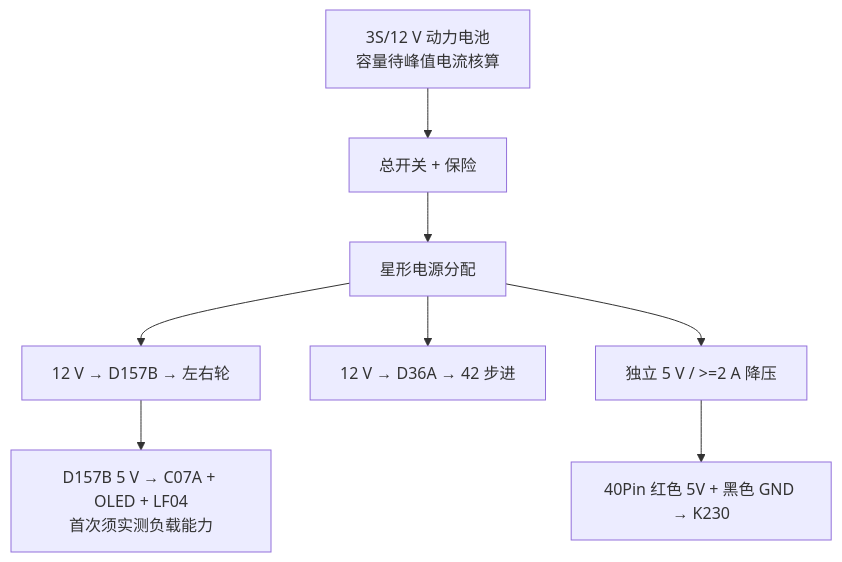
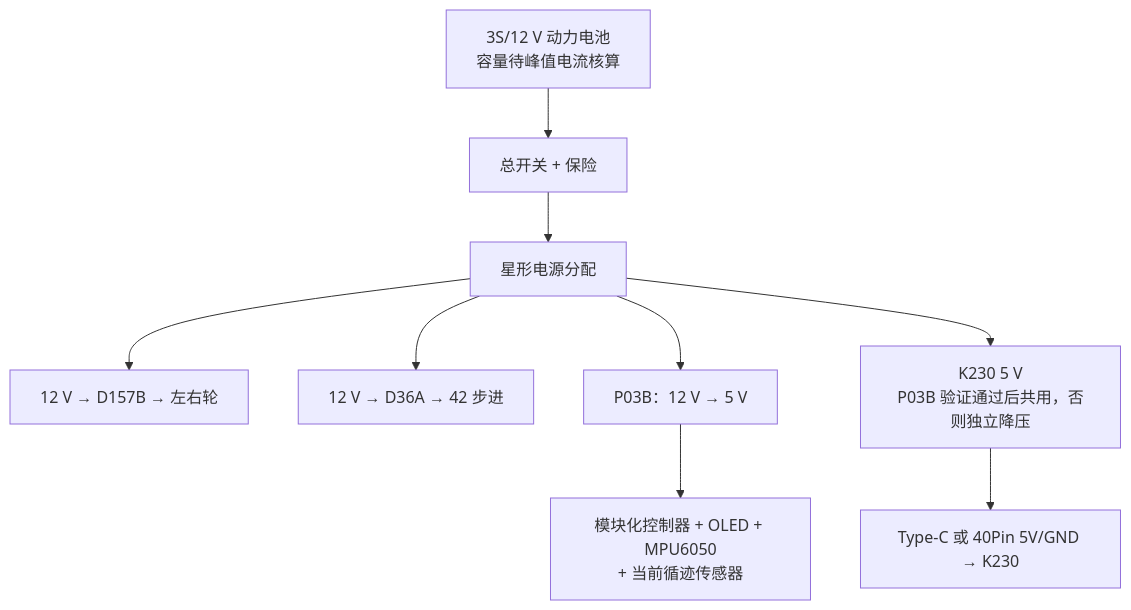
One commit to Cris7z/ElectronicDesignContest2026 changed the second of 2 diagrams in README.md. Above: the diagram before and after it, drawn with Mermaid. The commit also changed other lines of this file and 8 other files, not shown here.

Commit message:
Correct modular controller and line sensor architecture

````diff
--- a/README.md
+++ b/README.md
@@ -100,10 +108,11 @@
 ```mermaid
 flowchart TD
     BAT["3S/12 V 动力电池\n容量待峰值电流核算"] --> SW["总开关 + 保险"]
     SW --> STAR["星形电源分配"]
     STAR --> M12["12 V → D157B → 左右轮"]
     STAR --> S12["12 V → D36A → 42 步进"]
-    STAR --> K5["独立 5 V / >=2 A 降压"]
-    K5 --> K230P["40Pin 红色 5V + 黑色 GND → K230"]
-    M12 --> C5["D157B 5 V → C07A + OLED + LF04\n首次须实测负载能力"]
+    STAR --> P03["P03B：12 V → 5 V"]
+    P03 --> C5["模块化控制器 + OLED + MPU6050\n+ 当前循迹传感器"]
+    STAR --> K5["K230 5 V\nP03B 验证通过后共用，否则独立降压"]
+    K5 --> K230P["Type-C 或 40Pin 5V/GND → K230"]
 ```
````
